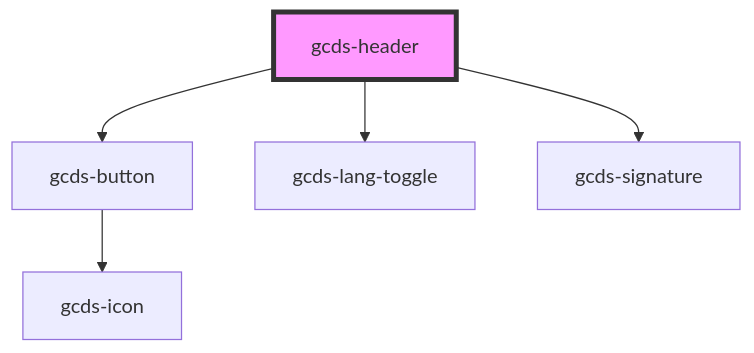
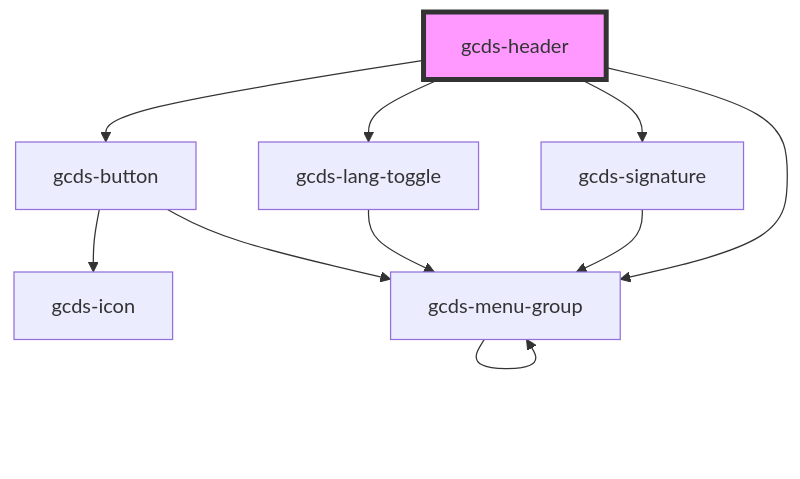
One commit to cds-snc/gcds-components changed the diagram in packages/web/src/components/gcds-header/readme.md. Above: the diagram before and after it, drawn with Mermaid. The commit also changed other lines of this file and 37 other files, not shown here.

````diff
--- a/packages/web/src/components/gcds-header/readme.md
+++ b/packages/web/src/components/gcds-header/readme.md
@@ -27,8 +28,13 @@
 ```mermaid
 graph TD;
   gcds-header --> gcds-button
   gcds-header --> gcds-lang-toggle
   gcds-header --> gcds-signature
+  gcds-header --> gcds-menu-group
   gcds-button --> gcds-icon
+  gcds-button --> gcds-menu-group
+  gcds-menu-group --> gcds-menu-group
+  gcds-lang-toggle --> gcds-menu-group
+  gcds-signature --> gcds-menu-group
   style gcds-header fill:#f9f,stroke:#333,stroke-width:4px
 ```
````
